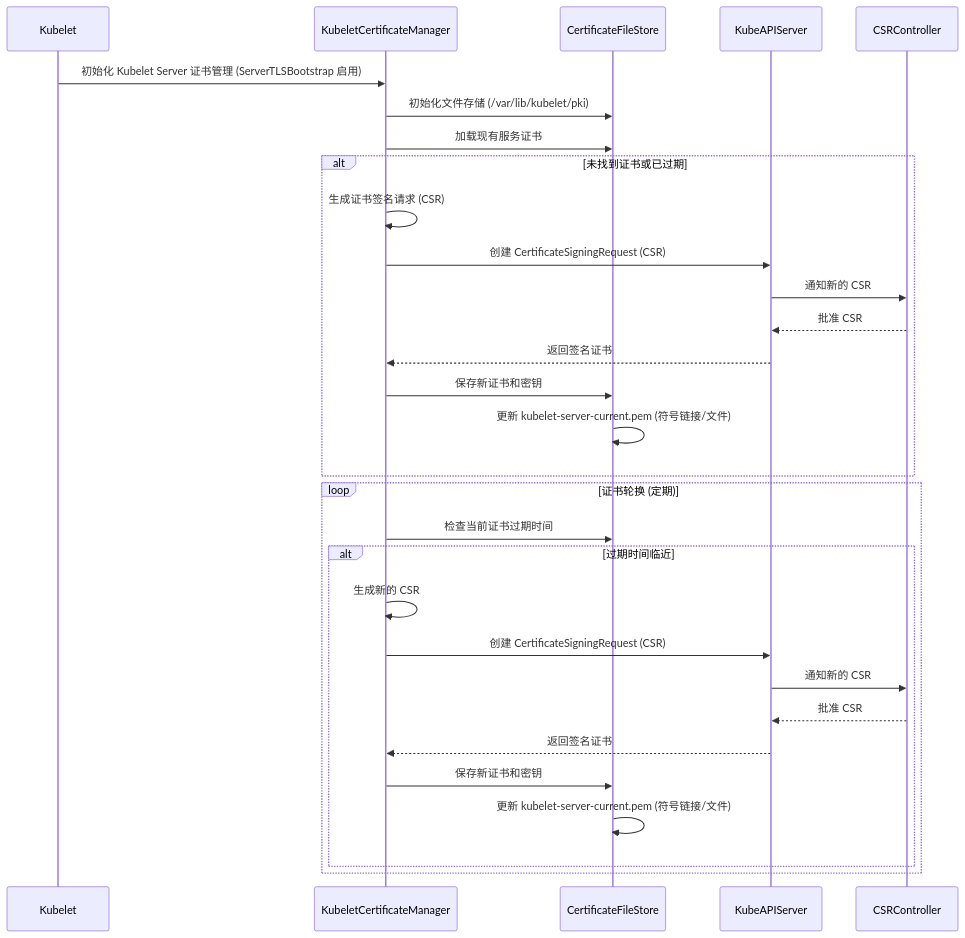
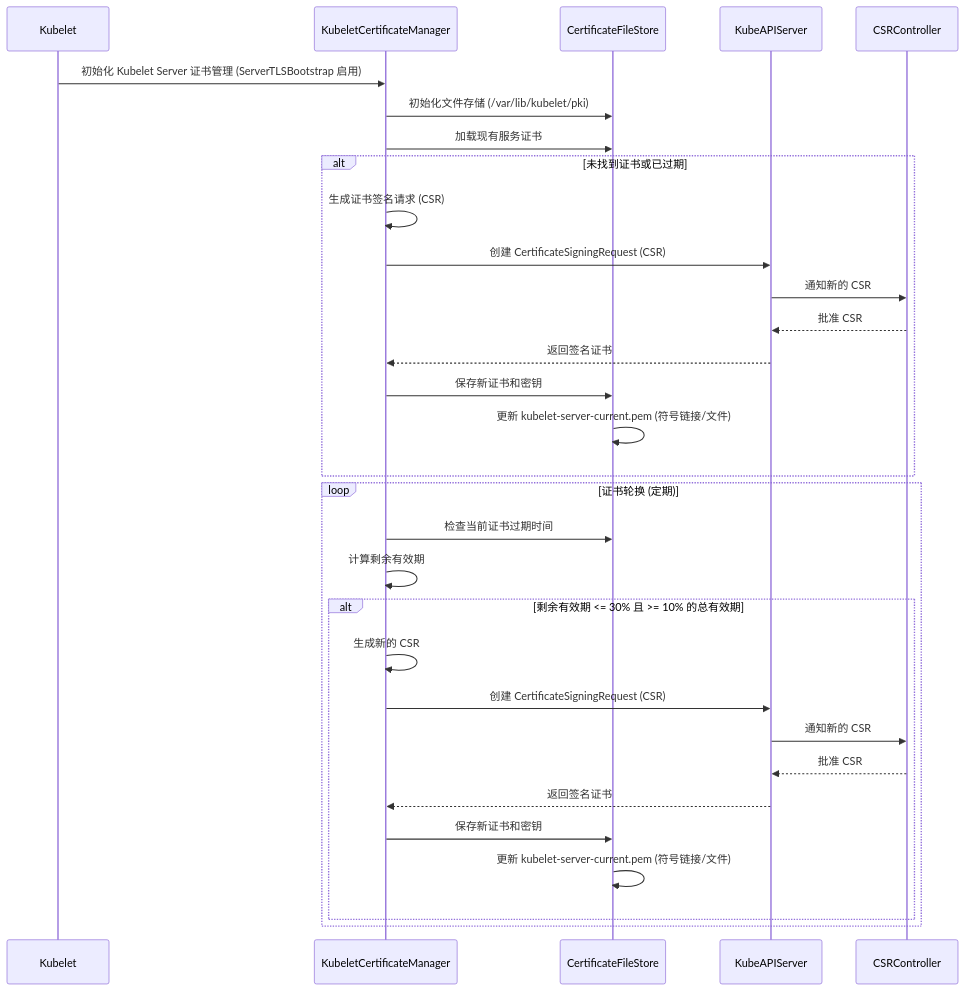
One commit to wangzheng422/kubernetes changed the diagram in wzh.doc/2025.05.06.01.kubelet_server_cert_management.md. Above: the diagram before and after it, drawn with Mermaid. The commit also changed other lines of this file, not shown here.

````diff
--- a/wzh.doc/2025.05.06.01.kubelet_server_cert_management.md
+++ b/wzh.doc/2025.05.06.01.kubelet_server_cert_management.md
@@ -160,33 +171,34 @@
 ```mermaid
 sequenceDiagram
     participant Kubelet
     participant KubeletCertificateManager
     participant CertificateFileStore
     participant KubeAPIServer
     participant CSRController
 
     Kubelet->>KubeletCertificateManager: 初始化 Kubelet Server 证书管理 (ServerTLSBootstrap 启用)
     KubeletCertificateManager->>CertificateFileStore: 初始化文件存储 (/var/lib/kubelet/pki)
     KubeletCertificateManager->>CertificateFileStore: 加载现有服务证书
     alt 未找到证书或已过期
         KubeletCertificateManager->>KubeletCertificateManager: 生成证书签名请求 (CSR)
         KubeletCertificateManager->>KubeAPIServer: 创建 CertificateSigningRequest (CSR)
         KubeAPIServer->>CSRController: 通知新的 CSR
         CSRController-->>KubeAPIServer: 批准 CSR
         KubeAPIServer-->>KubeletCertificateManager: 返回签名证书
         KubeletCertificateManager->>CertificateFileStore: 保存新证书和密钥
         CertificateFileStore->>CertificateFileStore: 更新 kubelet-server-current.pem (符号链接/文件)
     end
     loop 证书轮换 (定期)
         KubeletCertificateManager->>CertificateFileStore: 检查当前证书过期时间
-        alt 过期时间临近
+        KubeletCertificateManager->>KubeletCertificateManager: 计算剩余有效期
+        alt 剩余有效期 <= 30% 且 >= 10% 的总有效期
             KubeletCertificateManager->>KubeletCertificateManager: 生成新的 CSR
             KubeletCertificateManager->>KubeAPIServer: 创建 CertificateSigningRequest (CSR)
             KubeAPIServer->>CSRController: 通知新的 CSR
             CSRController-->>KubeAPIServer: 批准 CSR
             KubeAPIServer-->>KubeletCertificateManager: 返回签名证书
             KubeletCertificateManager->>CertificateFileStore: 保存新证书和密钥
             CertificateFileStore->>CertificateFileStore: 更新 kubelet-server-current.pem (符号链接/文件)
         end
     end
 ```
````
